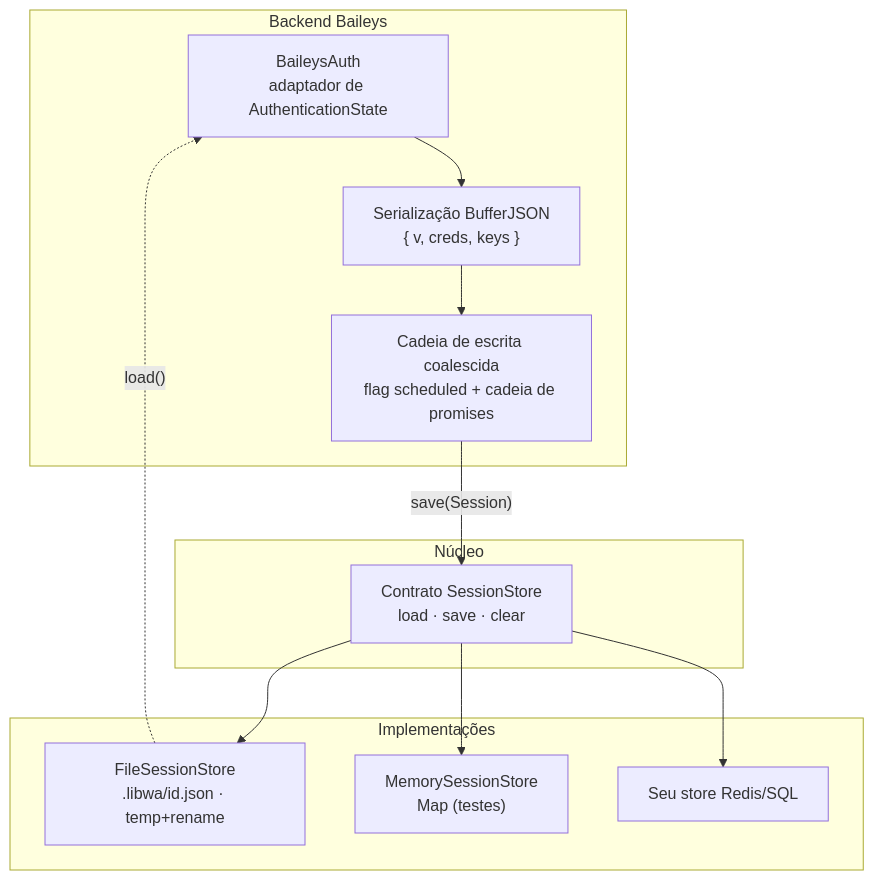
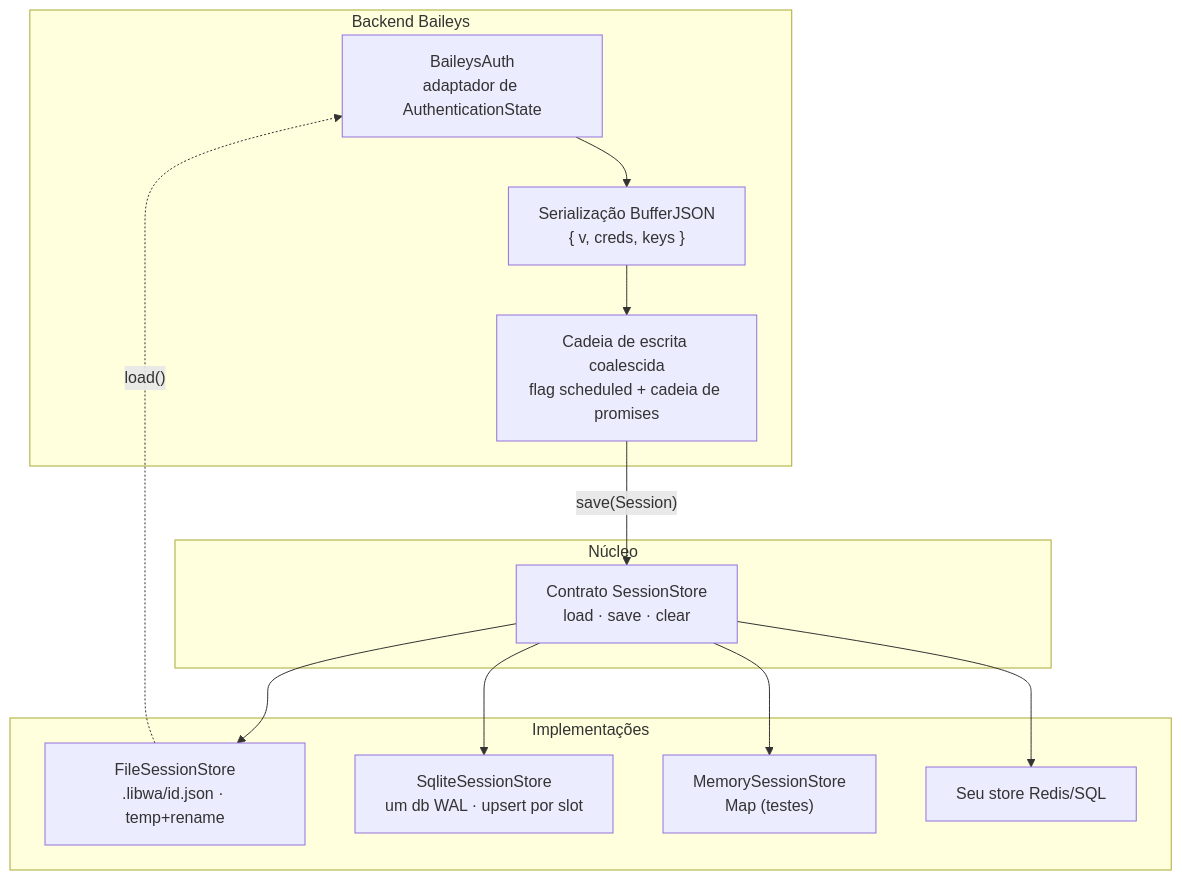
Before and after one commit to Gustavo10Destroyer/libwa-docs: the first of 2 diagrams in pt-BR/architecture/sessions.md, drawn with Mermaid. The commit also changed other lines of this file and 29 other files, not shown here.

````diff
--- a/pt-BR/architecture/sessions.md
+++ b/pt-BR/architecture/sessions.md
@@ -5,22 +5,24 @@
 ```mermaid
 flowchart TD
     subgraph Backend["Backend Baileys"]
         Auth["BaileysAuth<br/>adaptador de AuthenticationState"]
         Ser["Serialização BufferJSON<br/>{ v, creds, keys }"]
         Coalesce["Cadeia de escrita coalescida<br/>flag scheduled + cadeia de promises"]
     end
     subgraph Core["Núcleo"]
         SS["Contrato SessionStore<br/>load · save · clear"]
     end
     subgraph Stores["Implementações"]
         FS["FileSessionStore<br/>.libwa/id.json · temp+rename"]
+        SQ["SqliteSessionStore<br/>um db WAL · upsert por slot"]
         MS["MemorySessionStore<br/>Map (testes)"]
         Custom["Seu store Redis/SQL"]
     end
     Auth --> Ser --> Coalesce
     Coalesce -->|"save(Session)"| SS
     SS --> FS
+    SS --> SQ
     SS --> MS
     SS --> Custom
     FS -.->|"load()"| Auth
 ```
````
